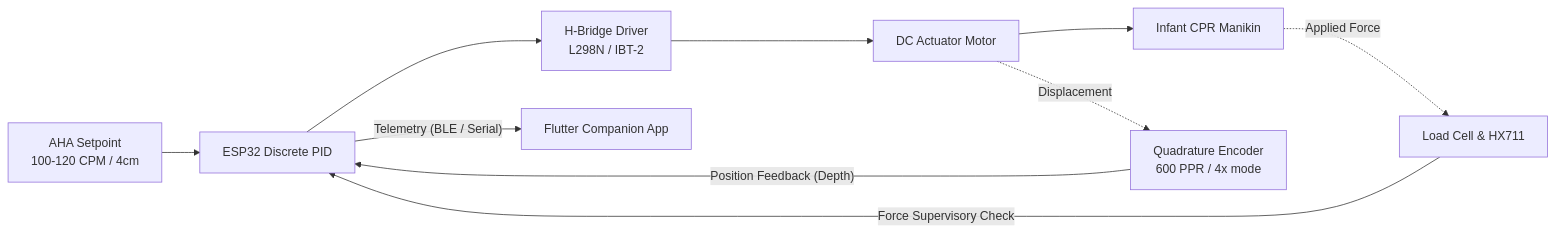
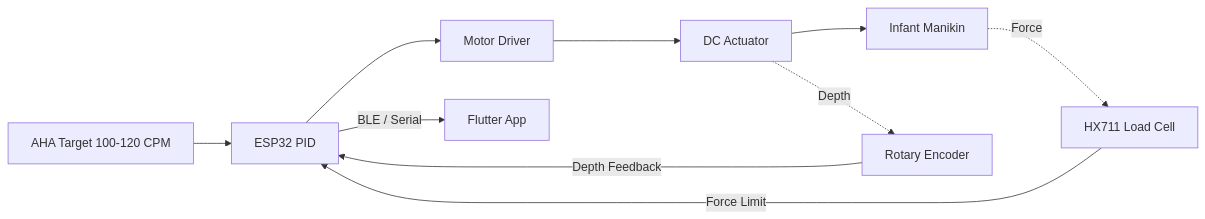
The diagram in README.md (bryanherdianto/otocpr), drawn with Mermaid before and after one commit. The commit also changed other lines of this file and 5 other files, not shown here.

````diff
--- a/README.md
+++ b/README.md
@@ -96,15 +84,12 @@
 ```mermaid
 flowchart LR
-    SP[AHA Setpoint<br/>100-120 CPM / 4cm] --> PID[ESP32 Discrete PID]
-    PID --> Driver[H-Bridge Driver<br/>L298N / IBT-2]
-    Driver --> Actuator[DC Actuator Motor]
-    Actuator --> Chest[Infant CPR Manikin]
-    
-    Actuator -. Displacement .-> Enc[Quadrature Encoder<br/>600 PPR / 4x mode]
-    Chest -. Applied Force .-> LC[Load Cell & HX711]
-    
-    Enc -- Position Feedback (Depth) --> PID
-    LC -- Force Supervisory Check --> PID
-    
-    PID -- Telemetry (BLE / Serial) --> App[Flutter Companion App]
+    SP[AHA Target 100-120 CPM] --> PID[ESP32 PID]
+    PID --> Driver[Motor Driver]
+    Driver --> Actuator[DC Actuator]
+    Actuator --> Chest[Infant Manikin]
+    Actuator -. Depth .-> Enc[Rotary Encoder]
+    Chest -. Force .-> LC[HX711 Load Cell]
+    Enc -- Depth Feedback --> PID
+    LC -- Force Limit --> PID
+    PID -- BLE / Serial --> App[Flutter App]
 ```
````
